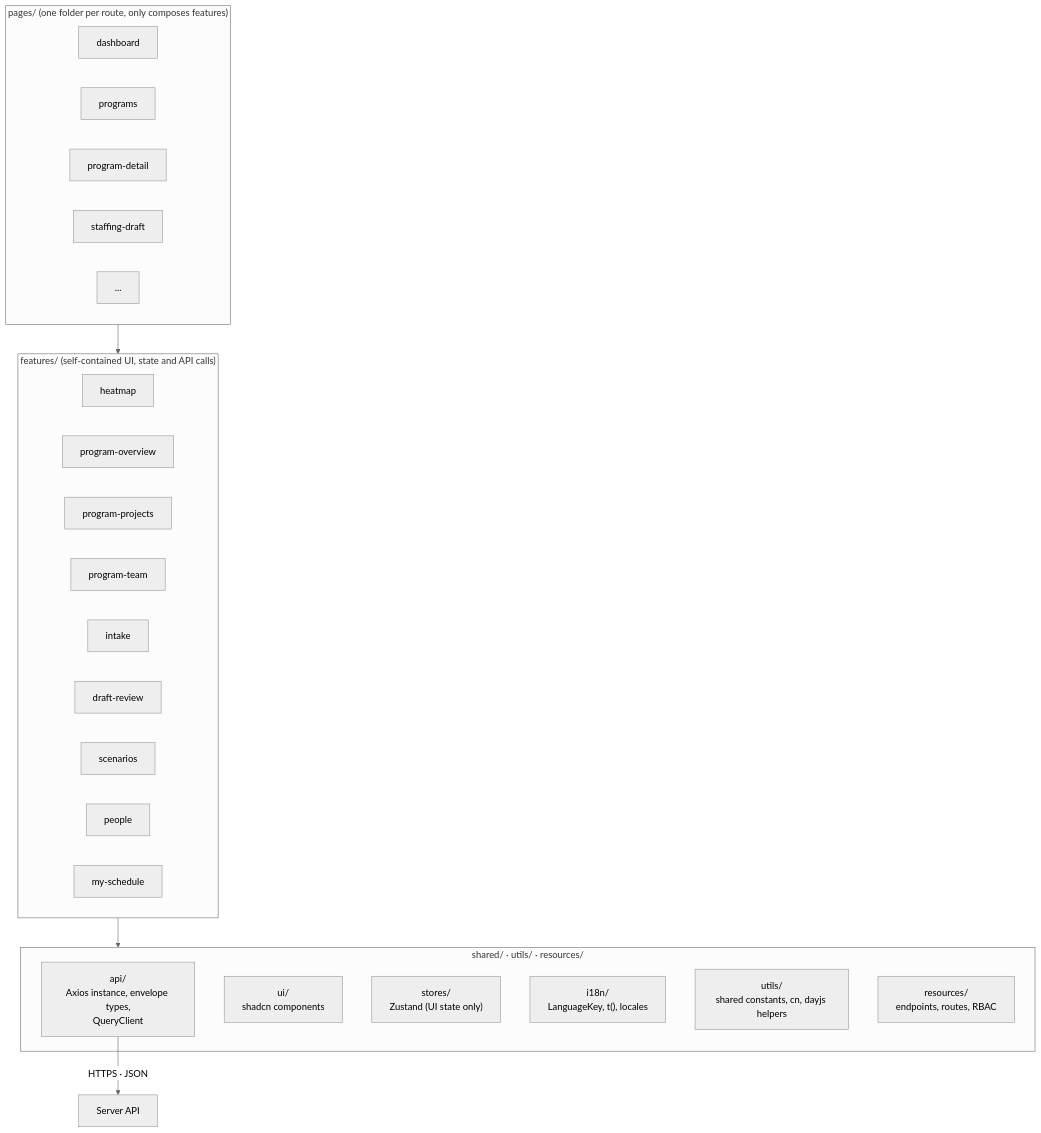
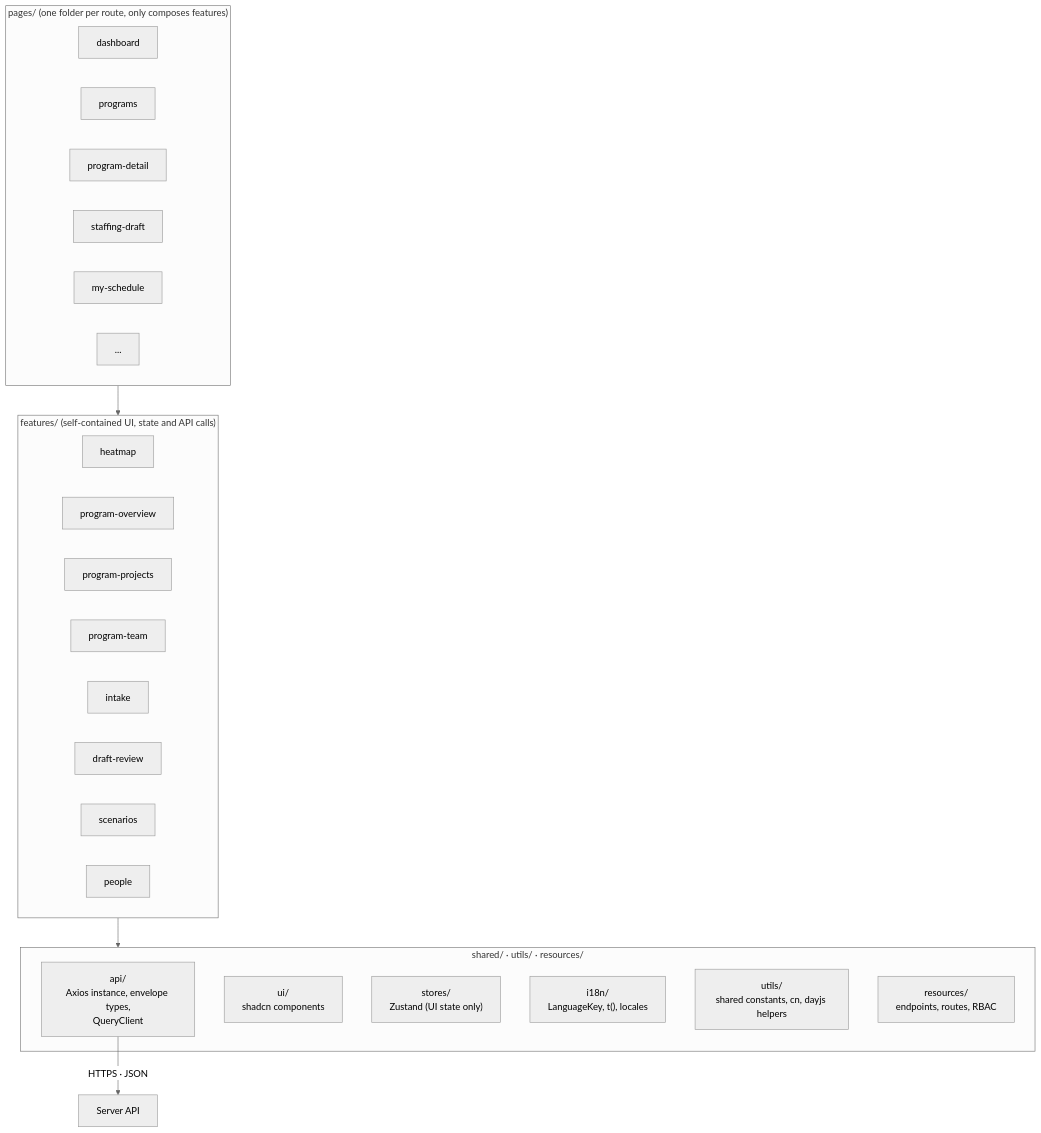
One commit to dophnamm/the-slot-finder changed the second of 2 diagrams in client/README.md. Above: the diagram before and after it, drawn with Mermaid (neutral theme). The commit also changed other lines of this file and 21 other files, not shown here.

First line of the commit message:
docs: match the READMEs, specs and diagrams to the code

````diff
--- a/client/README.md
+++ b/client/README.md
@@ -90,31 +90,31 @@
 ```mermaid
 flowchart TB
   subgraph pages["pages/ (one folder per route, only composes features)"]
     p1["dashboard"]
     p2["programs"]
     p3["program-detail"]
     p4["staffing-draft"]
-    p5["..."]
+    p5["my-schedule"]
+    p6["..."]
   end
   subgraph features["features/ (self-contained UI, state and API calls)"]
     f1["heatmap"]
     f2["program-overview"]
     f3["program-projects"]
     f4["program-team"]
     f5["intake"]
     f6["draft-review"]
     f7["scenarios"]
     f8["people"]
-    f9["my-schedule"]
   end
   subgraph shared["shared/ · utils/ · resources/"]
     s1["api/<br/>Axios instance, envelope types,<br/>QueryClient"]
     s2["ui/<br/>shadcn components"]
     s4["stores/<br/>Zustand (UI state only)"]
     s5["i18n/<br/>LanguageKey, t(), locales"]
     s3["utils/<br/>shared constants, cn, dayjs helpers"]
     s6["resources/<br/>endpoints, routes, RBAC"]
   end
   pages --> features --> shared
   s1 -->|"HTTPS · JSON"| server["Server API"]
 ```
````
